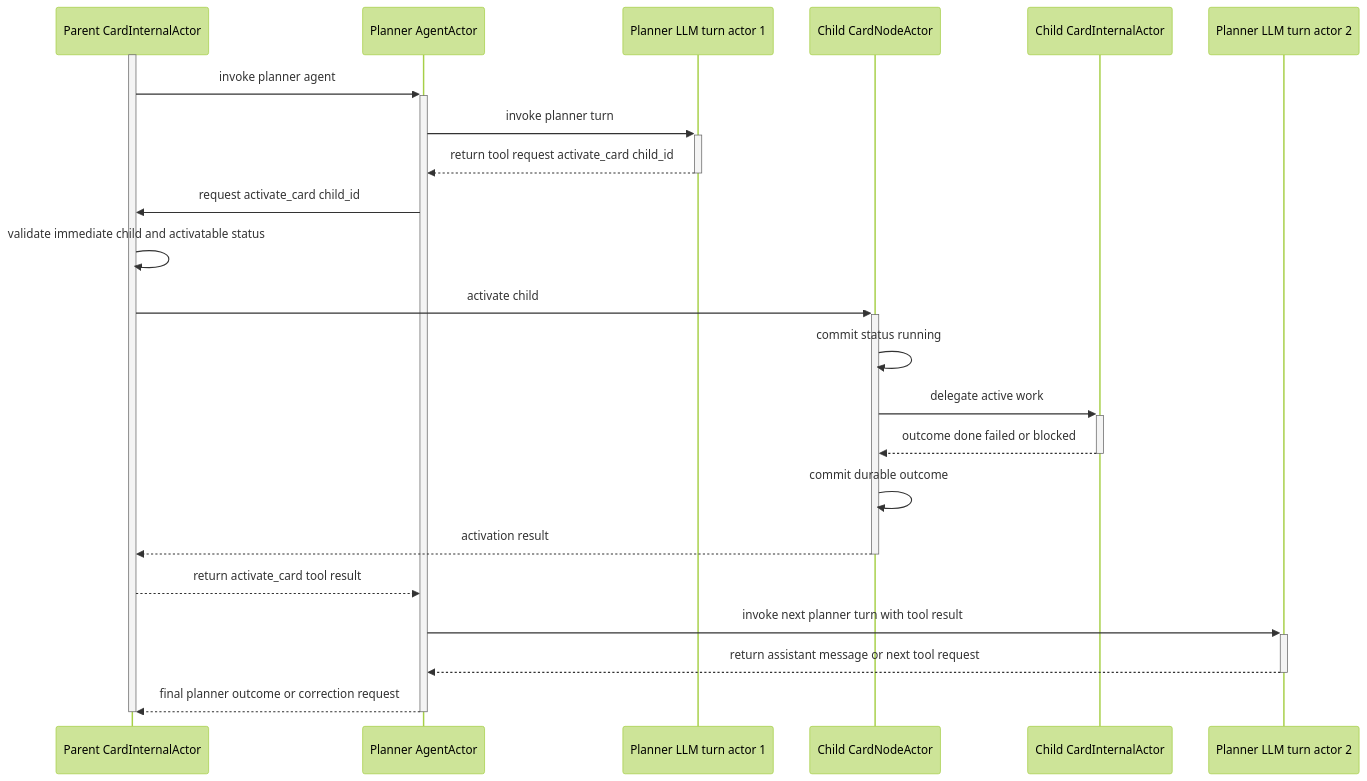
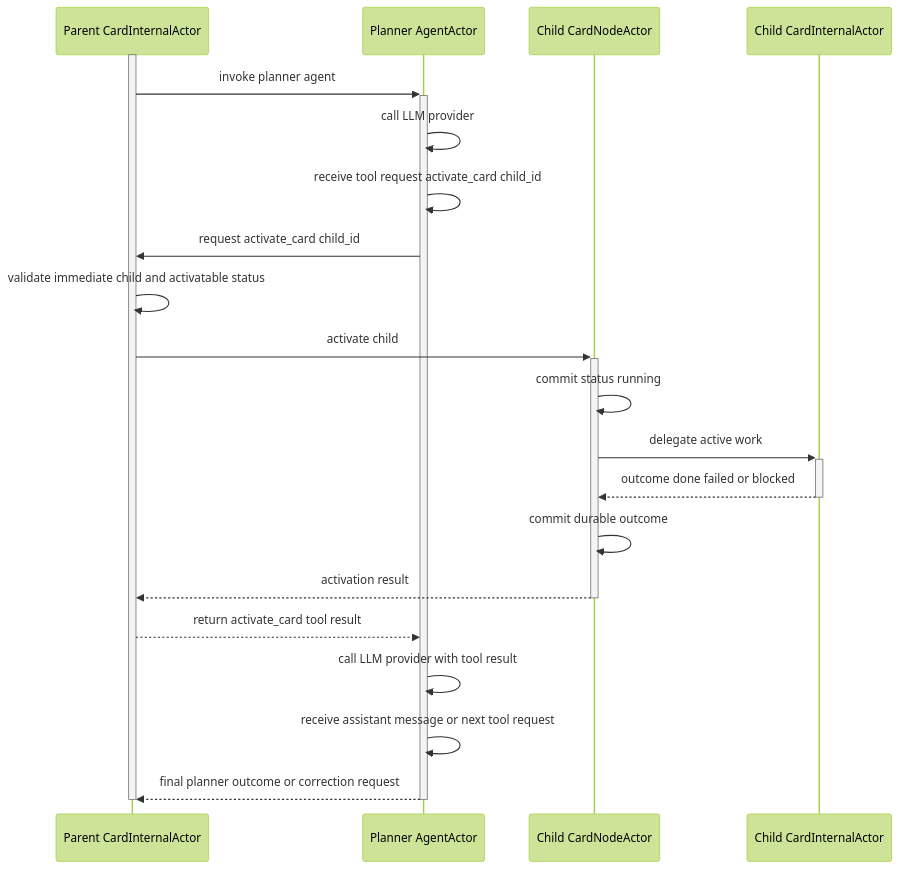
Before and after one commit to salva/saivage-v3: the second of 2 diagrams in docs/architecture/xstate-runtime-core.md, drawn with Mermaid (forest theme). The commit also changed other lines of this file and 1 other file, not shown here.

````diff
--- a/docs/architecture/xstate-runtime-core.md
+++ b/docs/architecture/xstate-runtime-core.md
@@ -130,27 +126,25 @@
 ```mermaid
 sequenceDiagram
   participant ParentInternal as Parent CardInternalActor
   participant PlannerAgent as Planner AgentActor
-  participant PlannerTurn1 as Planner LLM turn actor 1
   participant ChildNode as Child CardNodeActor
   participant ChildInternal as Child CardInternalActor
-  participant PlannerTurn2 as Planner LLM turn actor 2
 
   activate ParentInternal
   ParentInternal->>+PlannerAgent: invoke planner agent
-  PlannerAgent->>+PlannerTurn1: invoke planner turn
-  PlannerTurn1-->>-PlannerAgent: return tool request activate_card child_id
+  PlannerAgent->>PlannerAgent: call LLM provider
+  PlannerAgent->>PlannerAgent: receive tool request activate_card child_id
   PlannerAgent->>ParentInternal: request activate_card child_id
   ParentInternal->>ParentInternal: validate immediate child and activatable status
   ParentInternal->>+ChildNode: activate child
   ChildNode->>ChildNode: commit status running
   ChildNode->>+ChildInternal: delegate active work
   ChildInternal-->>-ChildNode: outcome done failed or blocked
   ChildNode->>ChildNode: commit durable outcome
   ChildNode-->>-ParentInternal: activation result
   ParentInternal-->>PlannerAgent: return activate_card tool result
-  PlannerAgent->>+PlannerTurn2: invoke next planner turn with tool result
-  PlannerTurn2-->>-PlannerAgent: return assistant message or next tool request
+  PlannerAgent->>PlannerAgent: call LLM provider with tool result
+  PlannerAgent->>PlannerAgent: receive assistant message or next tool request
   PlannerAgent-->>-ParentInternal: final planner outcome or correction request
   deactivate ParentInternal
 ```
````
